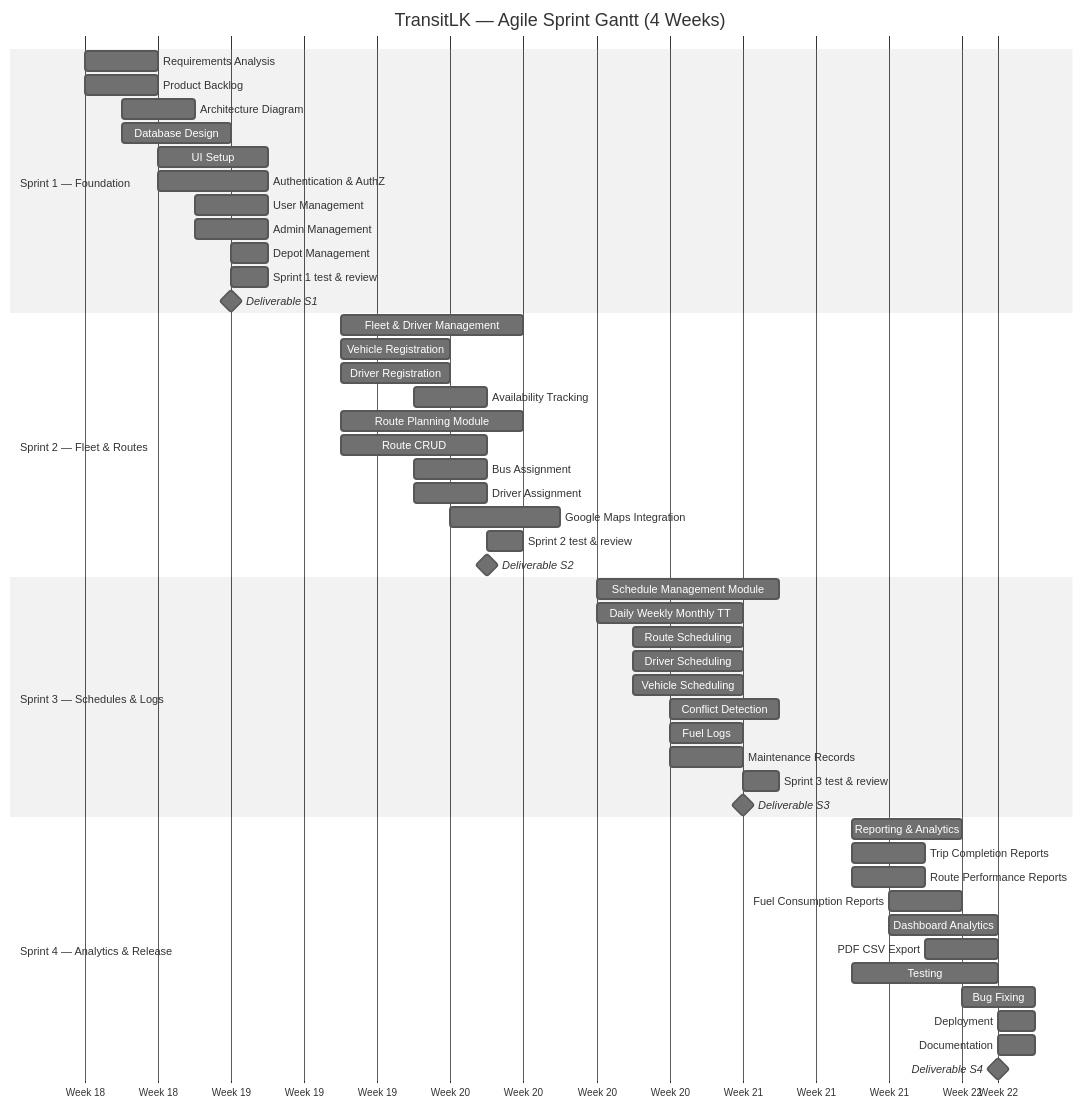
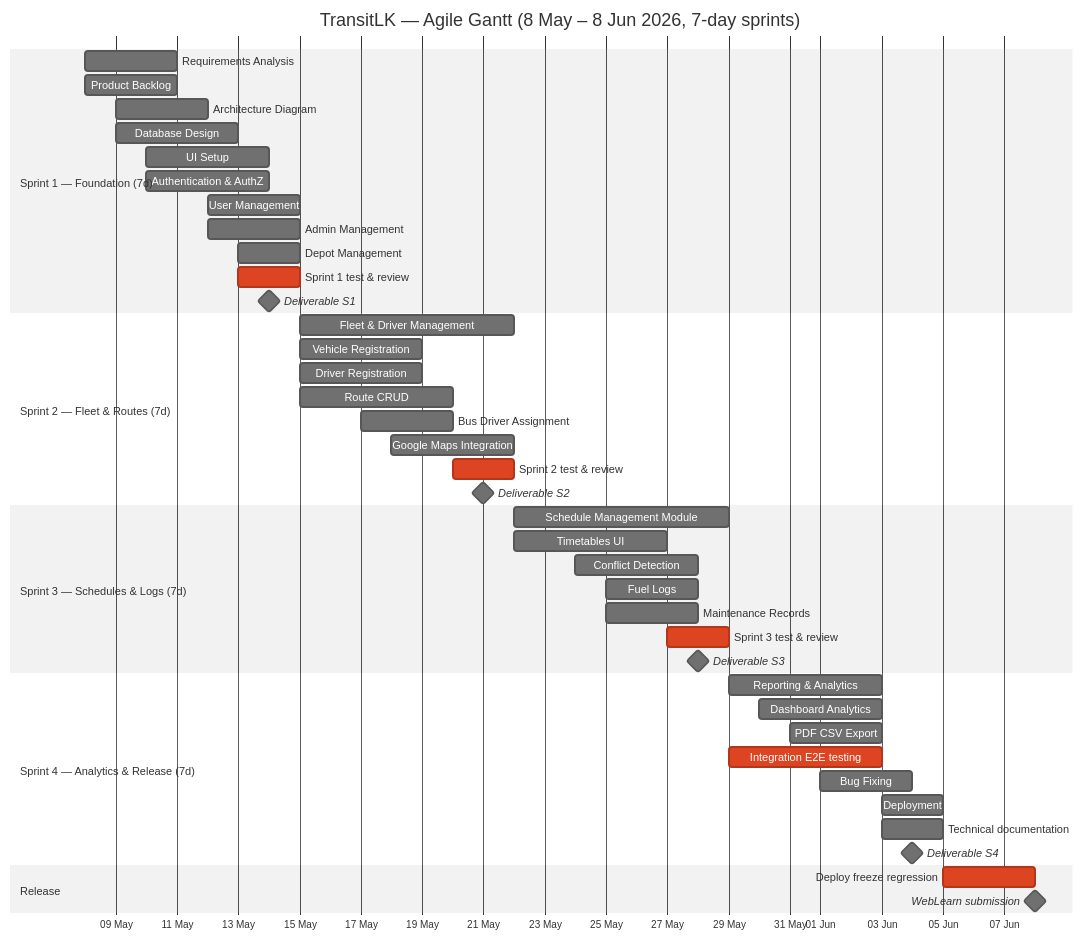
Before and after one commit to MNSBaanu/TransitLK: the diagram in diagrams/Gantt Chart/Gantt.md, drawn with Mermaid (neutral theme). The commit also changed other lines of this file and 7 other files, not shown here.

First line of the commit message:
feat: implement Gantt chart generation for TransitLK

````diff
--- a/diagrams/Gantt Chart/Gantt.md
+++ b/diagrams/Gantt Chart/Gantt.md
@@ -233,57 +132,52 @@
 ```mermaid
 gantt
-    title TransitLK — Agile Sprint Gantt (4 Weeks)
+    title TransitLK — Agile Gantt (8 May – 8 Jun 2026, 7-day sprints)
     dateFormat YYYY-MM-DD
-    axisFormat Week %U
+    axisFormat %d %b
 
-    section Sprint 1 — Foundation
-    Requirements Analysis       :s1a, 2026-05-07, 2d
-    Product Backlog             :s1b, 2026-05-07, 2d
-    Architecture Diagram        :s1c, 2026-05-08, 2d
-    Database Design             :s1d, 2026-05-08, 3d
-    UI Setup                    :s1e, 2026-05-09, 3d
-    Authentication & AuthZ      :s1f, 2026-05-09, 3d
-    User Management             :s1g, 2026-05-10, 2d
-    Admin Management            :s1h, 2026-05-10, 2d
-    Depot Management            :s1i, 2026-05-11, 1d
-    Sprint 1 test & review      :s1j, 2026-05-11, 1d
-    Deliverable S1              :milestone, m1, 2026-05-11, 0d
+    section Sprint 1 — Foundation (7d)
+    Requirements Analysis       :s1a, 2026-05-08, 3d
+    Product Backlog             :s1b, 2026-05-08, 3d
+    Architecture Diagram        :s1c, 2026-05-09, 3d
+    Database Design             :s1d, 2026-05-09, 4d
+    UI Setup                    :s1e, 2026-05-10, 4d
+    Authentication & AuthZ      :s1f, 2026-05-10, 4d
+    User Management             :s1g, 2026-05-12, 3d
+    Admin Management            :s1h, 2026-05-12, 3d
+    Depot Management            :s1i, 2026-05-13, 2d
+    Sprint 1 test & review      :crit, s1j, 2026-05-13, 2d
+    Deliverable S1              :milestone, m1, 2026-05-14, 0d
 
-    section Sprint 2 — Fleet & Routes
-    Fleet & Driver Management   :s2a, 2026-05-14, 5d
-    Vehicle Registration        :s2b, 2026-05-14, 3d
-    Driver Registration         :s2c, 2026-05-14, 3d
-    Availability Tracking       :s2d, 2026-05-16, 2d
-    Route Planning Module         :s2e, 2026-05-14, 5d
-    Route CRUD                  :s2f, 2026-05-14, 4d
-    Bus Assignment              :s2g, 2026-05-16, 2d
-    Driver Assignment           :s2h, 2026-05-16, 2d
-    Google Maps Integration     :s2i, 2026-05-17, 3d
-    Sprint 2 test & review      :s2j, 2026-05-18, 1d
-    Deliverable S2              :milestone, m2, 2026-05-18, 0d
+    section Sprint 2 — Fleet & Routes (7d)
+    Fleet & Driver Management   :s2a, 2026-05-15, 7d
+    Vehicle Registration        :s2b, 2026-05-15, 4d
+    Driver Registration         :s2c, 2026-05-15, 4d
+    Route CRUD                  :s2f, 2026-05-15, 5d
+    Bus Driver Assignment       :s2g, 2026-05-17, 3d
+    Google Maps Integration     :s2i, 2026-05-18, 4d
+    Sprint 2 test & review      :crit, s2j, 2026-05-20, 2d
+    Deliverable S2              :milestone, m2, 2026-05-21, 0d
 
-    section Sprint 3 — Schedules & Logs
-    Schedule Management Module  :s3a, 2026-05-21, 5d
-    Daily Weekly Monthly TT     :s3b, 2026-05-21, 4d
-    Route Scheduling            :s3c, 2026-05-22, 3d
-    Driver Scheduling           :s3d, 2026-05-22, 3d
-    Vehicle Scheduling          :s3e, 2026-05-22, 3d
-    Conflict Detection          :s3f, 2026-05-23, 3d
-    Fuel Logs                   :s3g, 2026-05-23, 2d
-    Maintenance Records         :s3h, 2026-05-23, 2d
-    Sprint 3 test & review      :s3j, 2026-05-25, 1d
-    Deliverable S3              :milestone, m3, 2026-05-25, 0d
+    section Sprint 3 — Schedules & Logs (7d)
+    Schedule Management Module  :s3a, 2026-05-22, 7d
+    Timetables UI               :s3b, 2026-05-22, 5d
+    Conflict Detection          :s3f, 2026-05-24, 4d
+    Fuel Logs                   :s3g, 2026-05-25, 3d
+    Maintenance Records         :s3h, 2026-05-25, 3d
+    Sprint 3 test & review      :crit, s3j, 2026-05-27, 2d
+    Deliverable S3              :milestone, m3, 2026-05-28, 0d
 
-    section Sprint 4 — Analytics & Release
-    Reporting & Analytics       :s4a, 2026-05-28, 3d
-    Trip Completion Reports     :s4b, 2026-05-28, 2d
-    Route Performance Reports   :s4c, 2026-05-28, 2d
-    Fuel Consumption Reports    :s4d, 2026-05-29, 2d
-    Dashboard Analytics         :s4e, 2026-05-29, 3d
-    PDF CSV Export              :s4f, 2026-05-30, 2d
-    Testing                     :s4g, 2026-05-28, 4d
-    Bug Fixing                  :s4h, 2026-05-31, 2d
-    Deployment                  :s4i, 2026-06-01, 1d
-    Documentation               :s4j, 2026-06-01, 1d
-    Deliverable S4              :milestone, m4, 2026-06-01, 0d
+    section Sprint 4 — Analytics & Release (7d)
+    Reporting & Analytics       :s4a, 2026-05-29, 5d
+    Dashboard Analytics         :s4e, 2026-05-30, 4d
+    PDF CSV Export              :s4f, 2026-05-31, 3d
+    Integration E2E testing     :crit, s4g, 2026-05-29, 5d
+    Bug Fixing                  :s4h, 2026-06-01, 3d
+    Deployment                  :s4i, 2026-06-03, 2d
+    Technical documentation     :s4j, 2026-06-03, 2d
+    Deliverable S4              :milestone, m4, 2026-06-04, 0d
+
+    section Release
+    Deploy freeze regression    :crit, 2026-06-05, 3d
+    WebLearn submission         :milestone, m5, 2026-06-08, 0d
 ```
````
